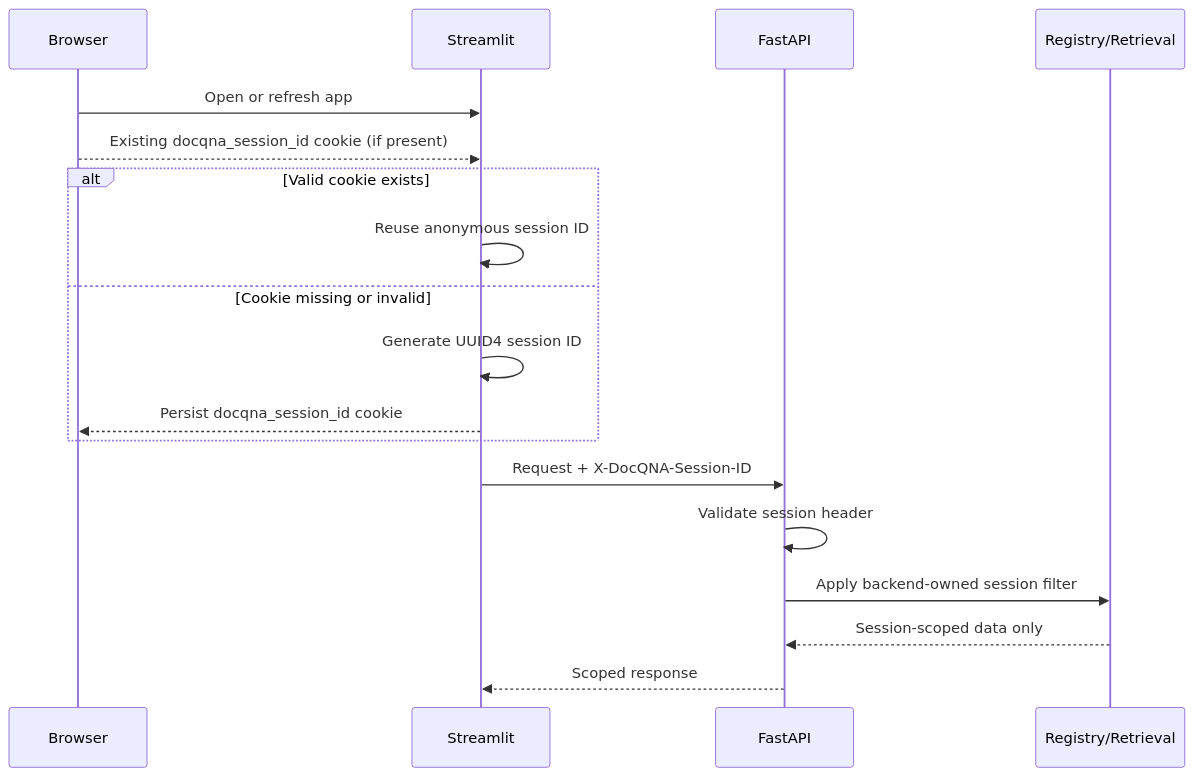
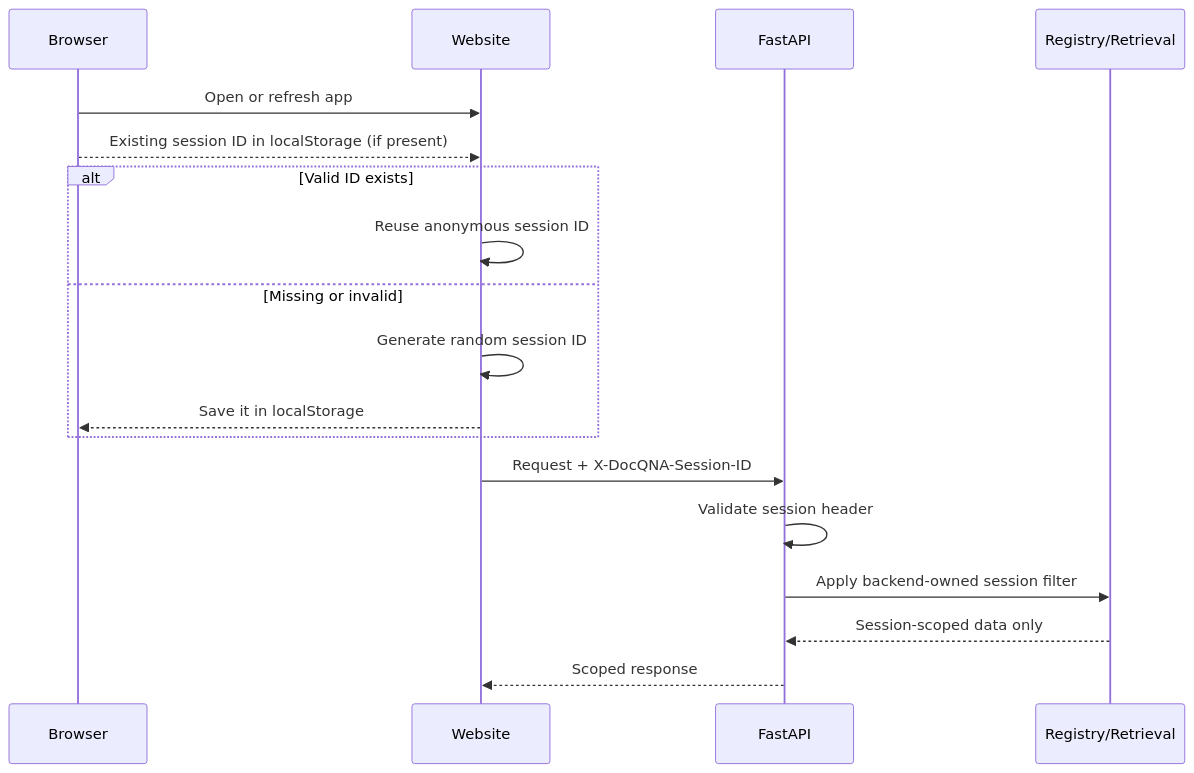
Before and after one commit to Md-Faiz-Alam/docqna: the fourth of 6 diagrams in docs/architecture.md, drawn with Mermaid. The commit also changed other lines of this file and 22 other files, not shown here.

````diff
--- a/docs/architecture.md
+++ b/docs/architecture.md
@@ -133,23 +133,23 @@
 ```mermaid
 sequenceDiagram
     participant B as Browser
-    participant S as Streamlit
+    participant S as Website
     participant A as FastAPI
     participant R as Registry/Retrieval
 
     B->>S: Open or refresh app
-    B-->>S: Existing docqna_session_id cookie (if present)
+    B-->>S: Existing session ID in localStorage (if present)
 
-    alt Valid cookie exists
+    alt Valid ID exists
         S->>S: Reuse anonymous session ID
-    else Cookie missing or invalid
-        S->>S: Generate UUID4 session ID
-        S-->>B: Persist docqna_session_id cookie
+    else Missing or invalid
+        S->>S: Generate random session ID
+        S-->>B: Save it in localStorage
     end
 
     S->>A: Request + X-DocQNA-Session-ID
     A->>A: Validate session header
     A->>R: Apply backend-owned session filter
     R-->>A: Session-scoped data only
     A-->>S: Scoped response
 ```
````
